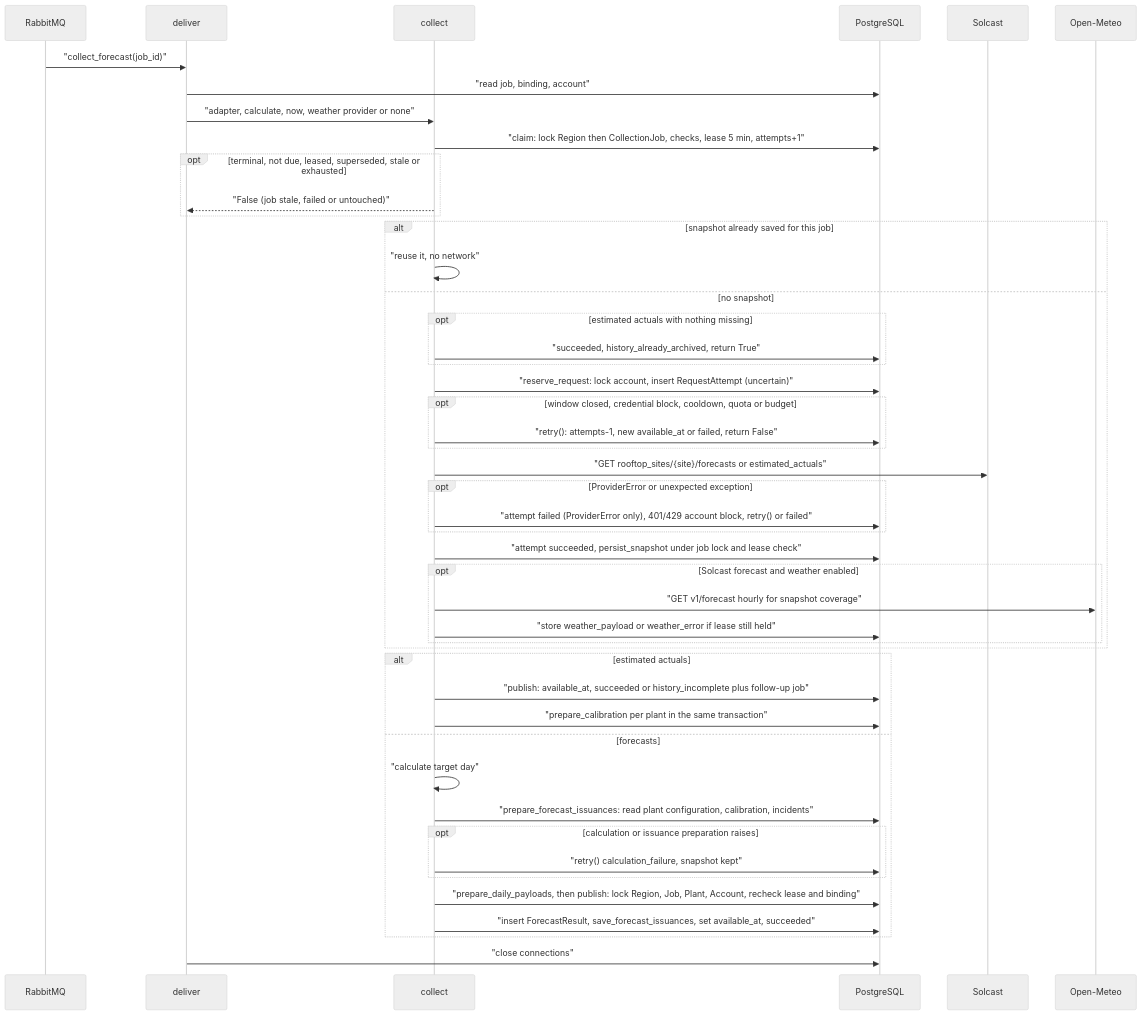
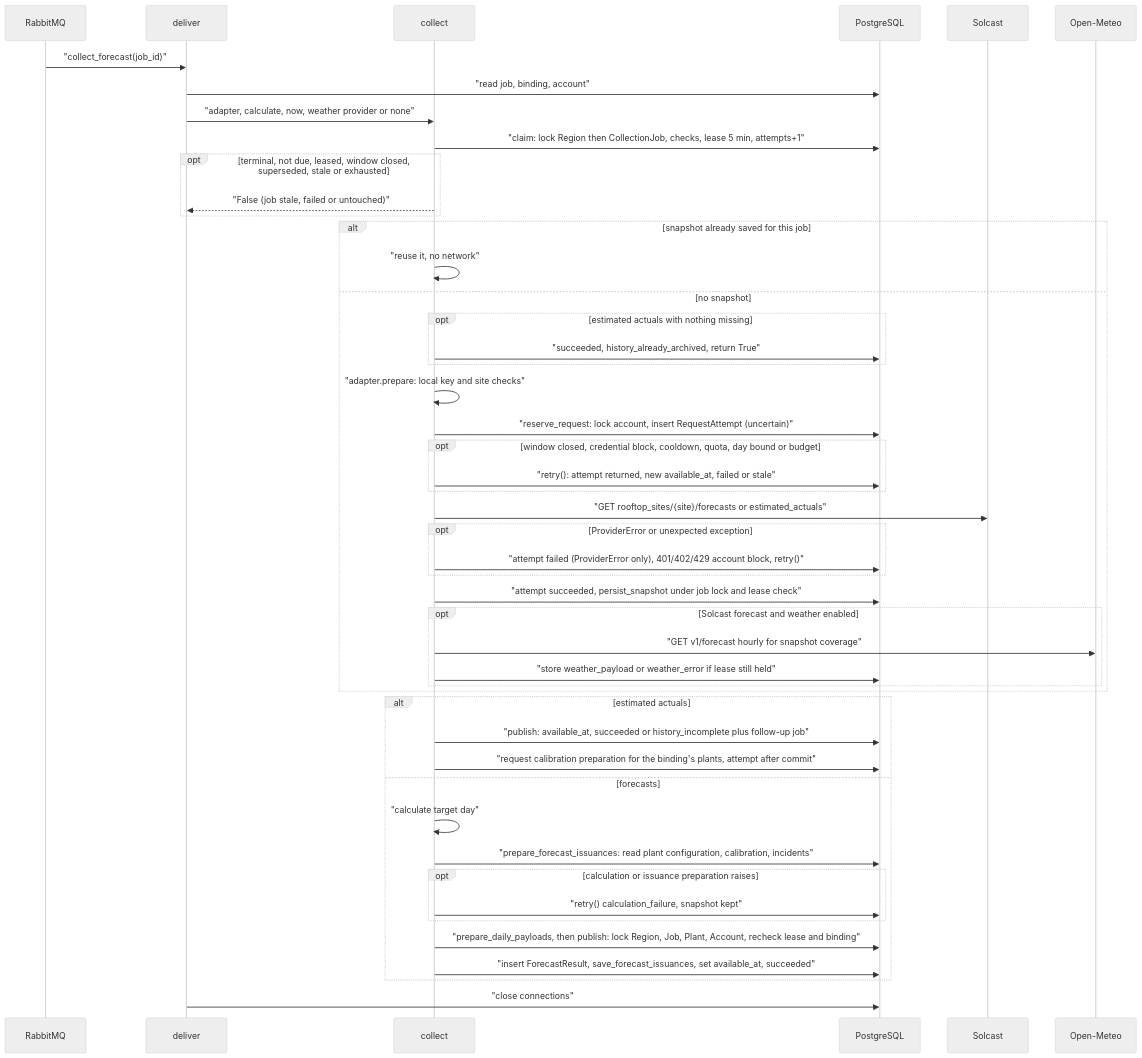
Before and after one commit to erkurtharun/pyracast: the diagram in docs/flows/forecast-collection-execution.md, drawn with Mermaid (neutral theme). The commit also changed other lines of this file and 85 other files, not shown here.

First line of the commit message:
Bring the flow pages in line with the code (#107)

````diff
--- a/docs/flows/forecast-collection-execution.md
+++ b/docs/flows/forecast-collection-execution.md
@@ -13,49 +14,50 @@
 ```mermaid
 sequenceDiagram
     participant Q as RabbitMQ
     participant W as deliver
     participant C as collect
     participant DB as PostgreSQL
     participant S as Solcast
     participant M as Open-Meteo
     Q->>W: "collect_forecast(job_id)"
     W->>DB: "read job, binding, account"
     W->>C: "adapter, calculate, now, weather provider or none"
     C->>DB: "claim: lock Region then CollectionJob, checks, lease 5 min, attempts+1"
-    opt terminal, not due, leased, superseded, stale or exhausted
+    opt terminal, not due, leased, window closed, superseded, stale or exhausted
         C-->>W: "False (job stale, failed or untouched)"
     end
     alt snapshot already saved for this job
         C->>C: "reuse it, no network"
     else no snapshot
         opt estimated actuals with nothing missing
             C->>DB: "succeeded, history_already_archived, return True"
         end
+        C->>C: "adapter.prepare: local key and site checks"
         C->>DB: "reserve_request: lock account, insert RequestAttempt (uncertain)"
-        opt window closed, credential block, cooldown, quota or budget
-            C->>DB: "retry(): attempts-1, new available_at or failed, return False"
+        opt window closed, credential block, cooldown, quota, day bound or budget
+            C->>DB: "retry(): attempt returned, new available_at, failed or stale"
         end
         C->>S: "GET rooftop_sites/{site}/forecasts or estimated_actuals"
         opt ProviderError or unexpected exception
-            C->>DB: "attempt failed (ProviderError only), 401/429 account block, retry() or failed"
+            C->>DB: "attempt failed (ProviderError only), 401/402/429 account block, retry()"
         end
         C->>DB: "attempt succeeded, persist_snapshot under job lock and lease check"
         opt Solcast forecast and weather enabled
             C->>M: "GET v1/forecast hourly for snapshot coverage"
             C->>DB: "store weather_payload or weather_error if lease still held"
         end
     end
     alt estimated actuals
         C->>DB: "publish: available_at, succeeded or history_incomplete plus follow-up job"
-        C->>DB: "prepare_calibration per plant in the same transaction"
+        C->>DB: "request calibration preparation for the binding's plants, attempt after commit"
     else forecasts
         C->>C: "calculate target day"
         C->>DB: "prepare_forecast_issuances: read plant configuration, calibration, incidents"
         opt calculation or issuance preparation raises
             C->>DB: "retry() calculation_failure, snapshot kept"
         end
         C->>DB: "prepare_daily_payloads, then publish: lock Region, Job, Plant, Account, recheck lease and binding"
         C->>DB: "insert ForecastResult, save_forecast_issuances, set available_at, succeeded"
     end
     W->>DB: "close connections"
 ```
````
